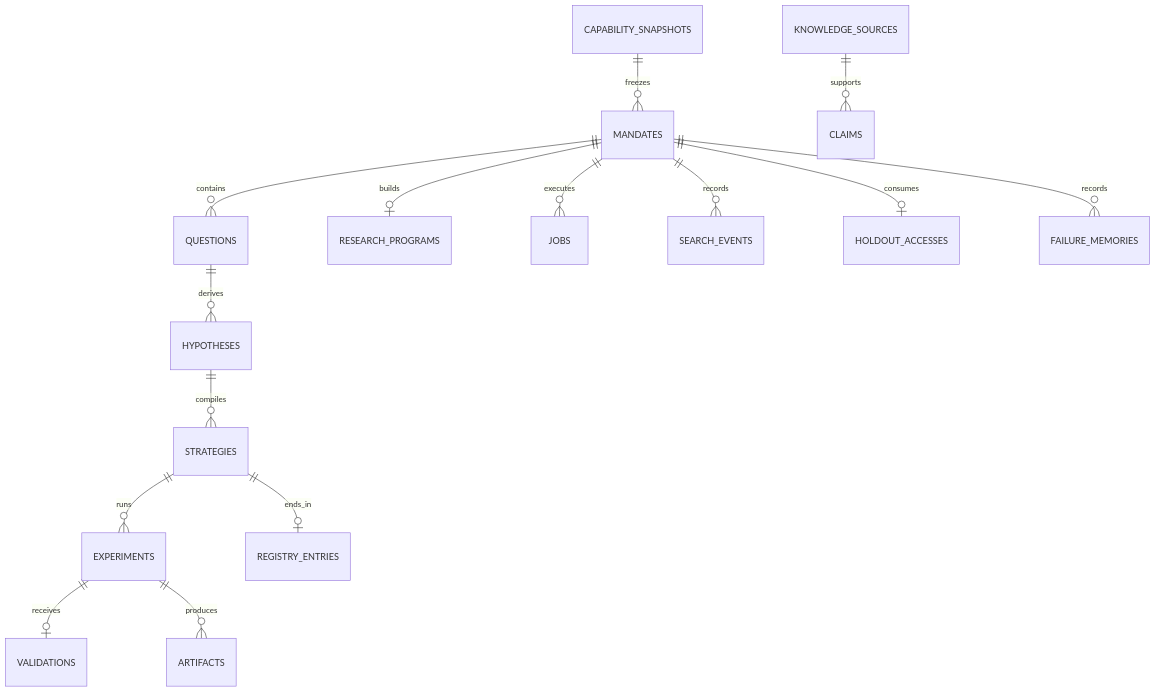
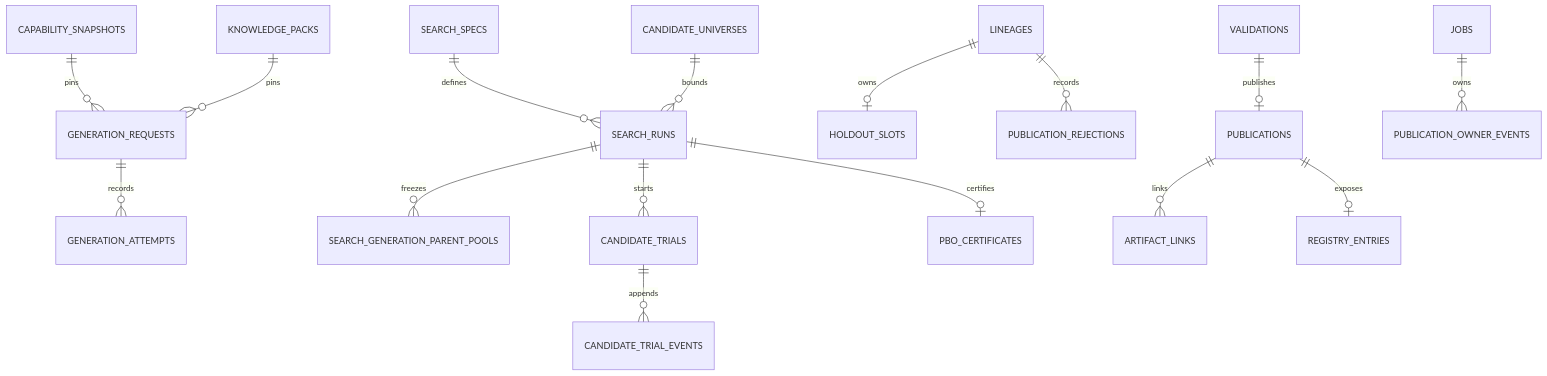
Before and after one commit to PJH-02/Alpha_factory: the diagram in docs/05_Database.md, drawn with Mermaid. The commit also changed other lines of this file and 157 other files, not shown here.

````diff
--- a/docs/05_Database.md
+++ b/docs/05_Database.md
@@ -50,17 +46,18 @@
 ```mermaid
 erDiagram
-    MANDATES ||--o{ QUESTIONS : contains
-    MANDATES ||--o| RESEARCH_PROGRAMS : builds
-    QUESTIONS ||--o{ HYPOTHESES : derives
-    HYPOTHESES ||--o{ STRATEGIES : compiles
-    STRATEGIES ||--o{ EXPERIMENTS : runs
-    EXPERIMENTS ||--o| VALIDATIONS : receives
-    STRATEGIES ||--o| REGISTRY_ENTRIES : ends_in
-    MANDATES ||--o{ JOBS : executes
-    EXPERIMENTS ||--o{ ARTIFACTS : produces
-    MANDATES ||--o{ SEARCH_EVENTS : records
-    MANDATES ||--o| HOLDOUT_ACCESSES : consumes
-    CAPABILITY_SNAPSHOTS ||--o{ MANDATES : freezes
-    KNOWLEDGE_SOURCES ||--o{ CLAIMS : supports
-    MANDATES ||--o{ FAILURE_MEMORIES : records
+    CAPABILITY_SNAPSHOTS ||--o{ GENERATION_REQUESTS : pins
+    KNOWLEDGE_PACKS ||--o{ GENERATION_REQUESTS : pins
+    GENERATION_REQUESTS ||--o{ GENERATION_ATTEMPTS : records
+    SEARCH_SPECS ||--o{ SEARCH_RUNS : defines
+    CANDIDATE_UNIVERSES ||--o{ SEARCH_RUNS : bounds
+    SEARCH_RUNS ||--o{ SEARCH_GENERATION_PARENT_POOLS : freezes
+    SEARCH_RUNS ||--o{ CANDIDATE_TRIALS : starts
+    CANDIDATE_TRIALS ||--o{ CANDIDATE_TRIAL_EVENTS : appends
+    SEARCH_RUNS ||--o| PBO_CERTIFICATES : certifies
+    LINEAGES ||--o| HOLDOUT_SLOTS : owns
+    VALIDATIONS ||--o| PUBLICATIONS : publishes
+    PUBLICATIONS ||--o{ ARTIFACT_LINKS : links
+    PUBLICATIONS ||--o| REGISTRY_ENTRIES : exposes
+    LINEAGES ||--o{ PUBLICATION_REJECTIONS : records
+    JOBS ||--o{ PUBLICATION_OWNER_EVENTS : owns
 ```
````
